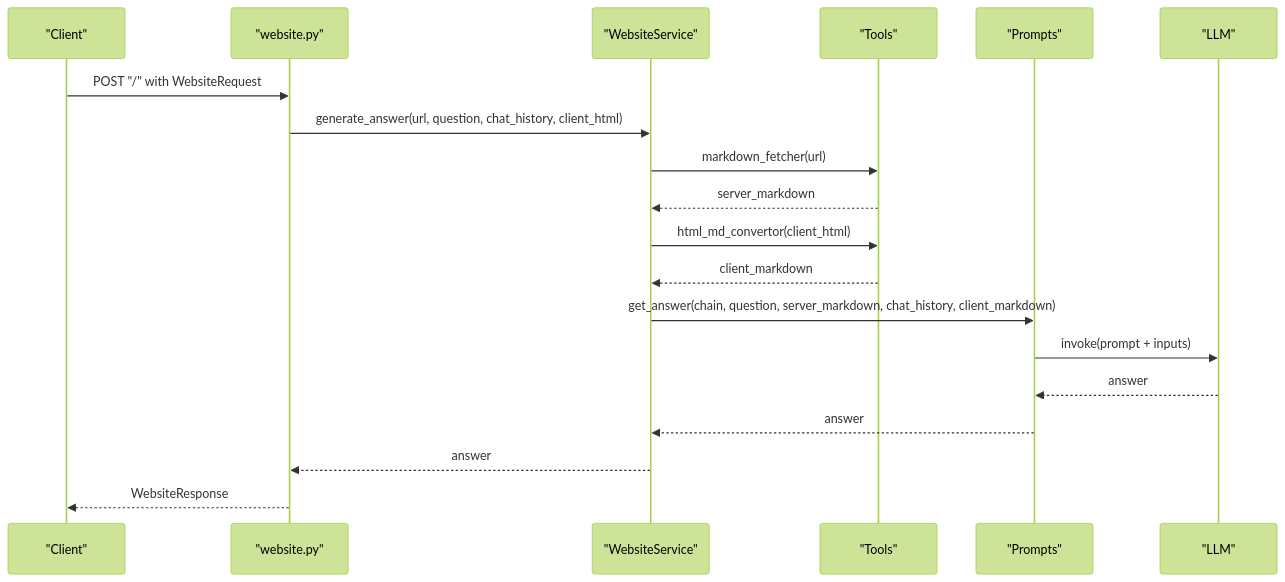
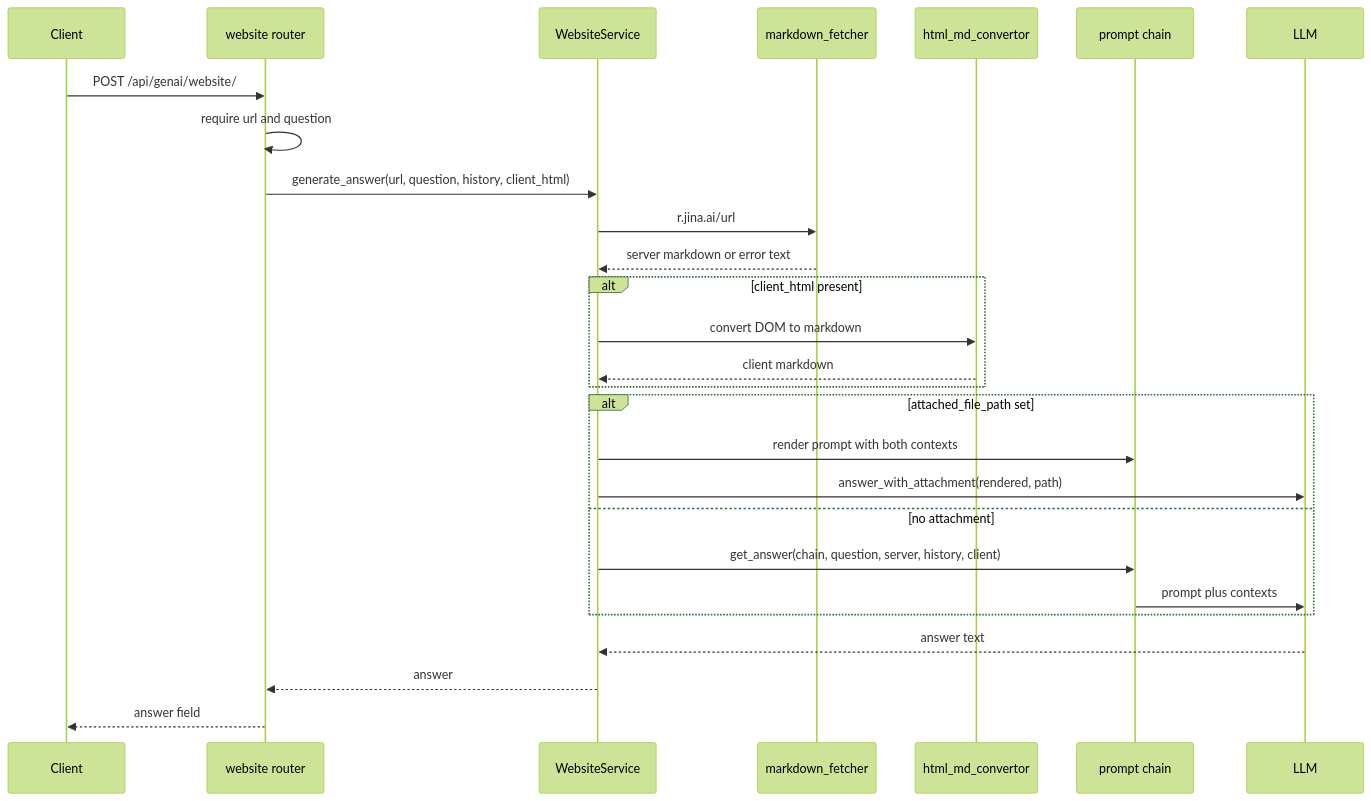
The second of 6 diagrams in src/data/docs/agentic-browser/Service Integrations/Website Analysis Integration.md (tashifkhan/tashif.codes), drawn with Mermaid (forest theme) before and after one commit. The commit also changed other lines of this file and 114 other files, not shown here.

````diff
--- a/src/data/docs/agentic-browser/Service Integrations/Website Analysis Integration.md
+++ b/src/data/docs/agentic-browser/Service Integrations/Website Analysis Integration.md
@@ -80,21 +67,29 @@
 ```mermaid
 sequenceDiagram
-participant Client as "Client"
-participant Router as "website.py"
-participant Service as "WebsiteService"
-participant Tools as "Tools"
-participant Prompt as "Prompts"
-participant LLM as "LLM"
-Client->>Router : POST "/" with WebsiteRequest
-Router->>Service : generate_answer(url, question, chat_history, client_html)
-Service->>Tools : markdown_fetcher(url)
-Tools-->>Service : server_markdown
-Service->>Tools : html_md_convertor(client_html)
-Tools-->>Service : client_markdown
-Service->>Prompt : get_answer(chain, question, server_markdown, chat_history, client_markdown)
-Prompt->>LLM : invoke(prompt + inputs)
-LLM-->>Prompt : answer
-Prompt-->>Service : answer
-Service-->>Router : answer
-Router-->>Client : WebsiteResponse
+  participant C as Client
+  participant R as website router
+  participant S as WebsiteService
+  participant J as markdown_fetcher
+  participant H as html_md_convertor
+  participant P as prompt chain
+  participant L as LLM
+  C->>R: POST /api/genai/website/
+  R->>R: require url and question
+  R->>S: generate_answer(url, question, history, client_html)
+  S->>J: r.jina.ai/url
+  J-->>S: server markdown or error text
+  alt client_html present
+    S->>H: convert DOM to markdown
+    H-->>S: client markdown
+  end
+  alt attached_file_path set
+    S->>P: render prompt with both contexts
+    S->>L: answer_with_attachment(rendered, path)
+  else no attachment
+    S->>P: get_answer(chain, question, server, history, client)
+    P->>L: prompt plus contexts
+  end
+  L-->>S: answer text
+  S-->>R: answer
+  R-->>C: answer field
 ```
````
